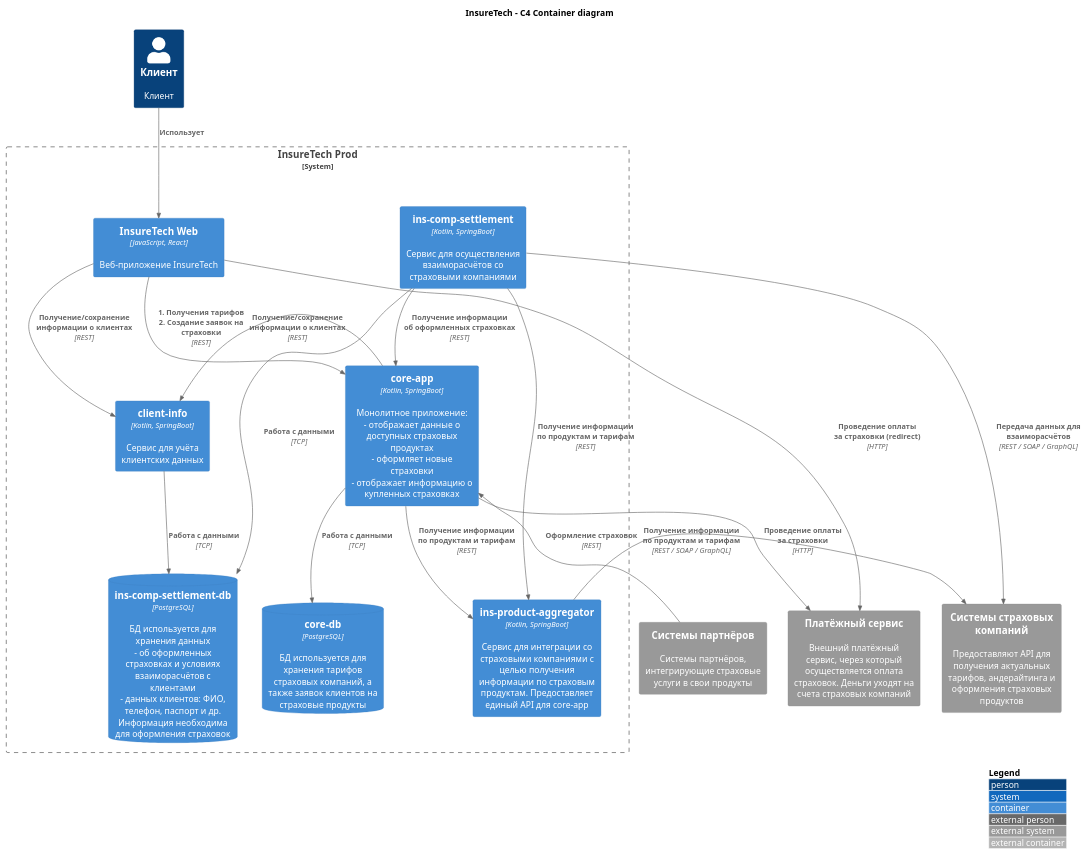
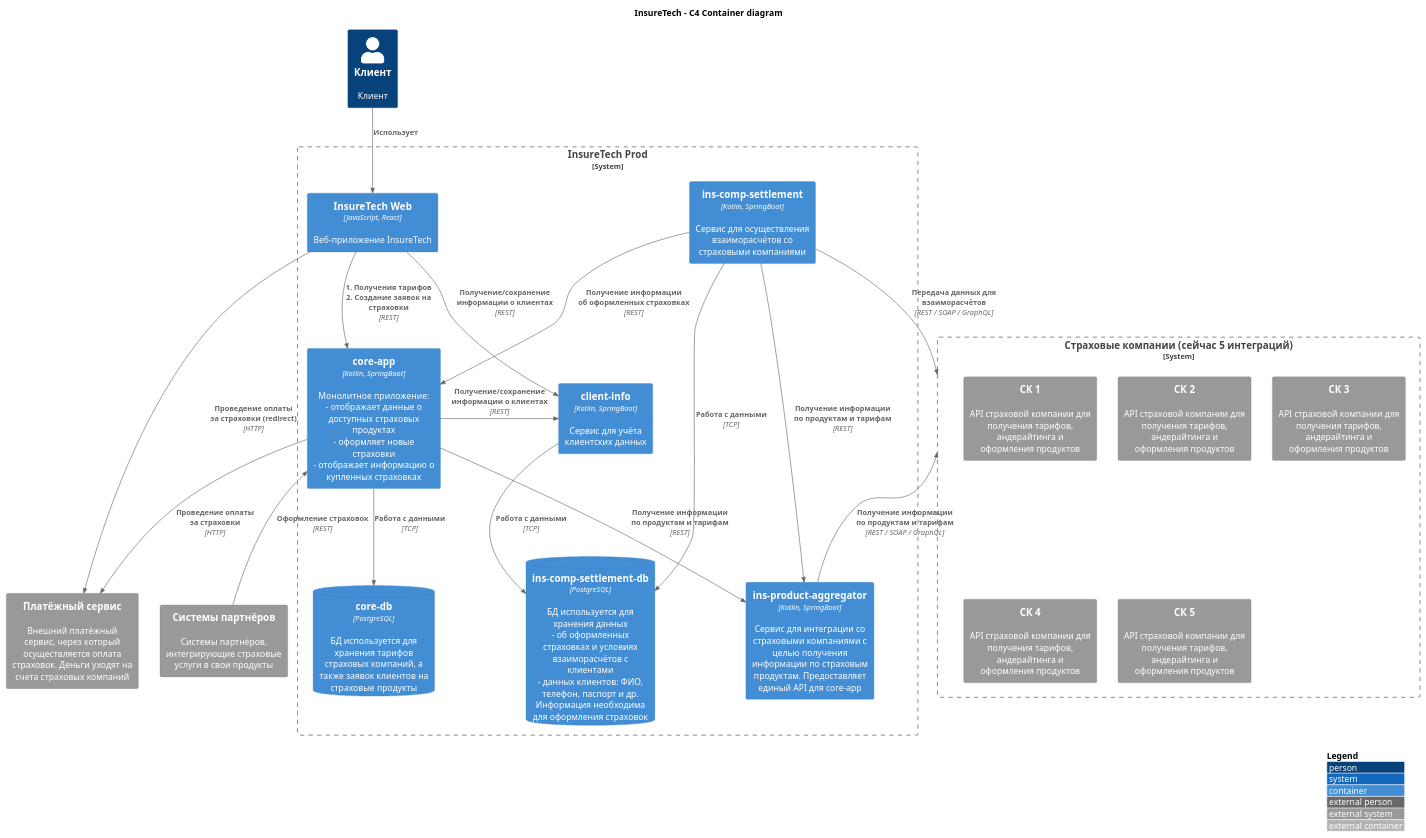
Before and after one commit to Meeluck/architecture-insuretech: the diagram in Task3/InsureTech_C4_сontainer-diagram.puml, drawn with PlantUML. The commit also changed 2 other files, not shown here.

```diff
--- a/Task3/InsureTech_C4_сontainer-diagram.puml
+++ b/Task3/InsureTech_C4_сontainer-diagram.puml
@@ -1,54 +1,71 @@
 @startuml InsureTech_C4_container_diagram
 !include <C4/C4_Container>
 
 ' skinparam componentStyle rectangle
 ' skinparam packageStyle rectangle
 ' skinparam linetype polyline
-skinparam wrapWidth 200
+' skinparam wrapWidth 200
 skinparam maxMessageSize 200
 
 title InsureTech - C4 Container diagram
 
 LAYOUT_WITH_LEGEND()
 
 Person(customer, "Клиент", "Клиент")
 
 System_Ext(partner_systems, "Системы партнёров", "Системы партнёров, интегрирующие страховые услуги в свои продукты")
-System_Ext(insurance_company_systems, "Системы страховых компаний", "Предоставляют API для получения актуальных тарифов, андерайтинга и оформления страховых продуктов")
 System_Ext(payment_service, "Платёжный сервис", "Внешний платёжный сервис, через который осуществляется оплата страховок. Деньги уходят на счета страховых компаний")
+
+System_Boundary(insurance_companies, "Страховые компании (сейчас 5 интеграций)") {
+    System_Ext(insurance_company_1, "СК 1", "API страховой компании для получения тарифов, андерайтинга и оформления продуктов")
+    System_Ext(insurance_company_2, "СК 2", "API страховой компании для получения тарифов, андерайтинга и оформления продуктов")
+    System_Ext(insurance_company_3, "СК 3", "API страховой компании для получения тарифов, андерайтинга и оформления продуктов")
+    System_Ext(insurance_company_4, "СК 4", "API страховой компании для получения тарифов, андерайтинга и оформления продуктов")
+    System_Ext(insurance_company_5, "СК 5", "API страховой компании для получения тарифов, андерайтинга и оформления продуктов")
+}
 
 System_Boundary(insuretech_prod, "InsureTech Prod") {
     Container(web, "InsureTech Web", "JavaScript, React", "Веб-приложение InsureTech")
     Container(core_app, "core-app", "Kotlin, SpringBoot", "Монолитное приложение:\n- отображает данные о доступных страховых продуктах\n- оформляет новые страховки\n- отображает информацию о купленных страховках")
     ContainerDb(core_db, "core-db", "PostgreSQL", "БД используется для хранения тарифов страховых компаний, а также заявок клиентов на страховые продукты")
 
     Container(client_info, "client-info", "Kotlin, SpringBoot", "Сервис для учёта клиентских данных")
     
 
     Container(product_aggregator, "ins-product-aggregator", "Kotlin, SpringBoot", "Сервис для интеграции со страховыми компаниями с целью получения информации по страховым продуктам. Предоставляет единый API для core-app")
     Container(settlement, "ins-comp-settlement", "Kotlin, SpringBoot", "Сервис для осуществления взаиморасчётов со страховыми компаниями")
     ContainerDb(settlement_db, "ins-comp-settlement-db", "PostgreSQL", "БД используется для хранения данных\n- об оформленных страховках и условиях взаиморасчётов с клиентами \n- данных клиентов: ФИО, телефон, паспорт и др. Информация необходима для оформления страховок")
 }
 
 Rel(customer, web, "Использует")
 
 Rel(web, core_app, "1. Получения тарифов\n2. Создание заявок на страховки", "REST")
 Rel(core_app, core_db, "Работа с данными", "TCP")
 Rel_Up(partner_systems, core_app, "Оформление страховок", "REST")
 
 Rel(core_app, product_aggregator, "Получение информации\nпо продуктам и тарифам", "REST")
-Rel_Left(product_aggregator, insurance_company_systems, "Получение информации\nпо продуктам и тарифам", "REST / SOAP / GraphQL")
+Rel_Left(product_aggregator, insurance_companies, "Получение информации\nпо продуктам и тарифам", "REST / SOAP / GraphQL")
+' Rel_Left(product_aggregator, insurance_company_1, "Получение информации\nпо продуктам и тарифам", "REST")
+' Rel_Left(product_aggregator, insurance_company_2, "Получение информации\nпо продуктам и тарифам", "SOAP")
+' Rel_Left(product_aggregator, insurance_company_3, "Получение информации\nпо продуктам и тарифам", "GraphQL")
+' Rel_Left(product_aggregator, insurance_company_4, "Получение информации\nпо продуктам и тарифам", "REST")
+' Rel_Left(product_aggregator, insurance_company_5, "Получение информации\nпо продуктам и тарифам", "SOAP")
 
 Rel_Right(core_app, client_info, "Получение/сохранение информации о клиентах", "REST")
 Rel(web, client_info, "Получение/сохранение\nинформации о клиентах", "REST")
 Rel(client_info, settlement_db, "Работа с данными", "TCP")
 
 Rel(settlement, settlement_db, "Работа с данными", "TCP")
-Rel(settlement, insurance_company_systems, "Передача данных для взаиморасчётов", "REST / SOAP / GraphQL")
+Rel(settlement, insurance_companies, "Передача данных для взаиморасчётов", "REST / SOAP / GraphQL")
+' Rel(settlement, insurance_company_1, "Передача данных\nдля взаиморасчётов", "REST")
+' Rel(settlement, insurance_company_2, "Передача данных\nдля взаиморасчётов", "SOAP")
+' Rel(settlement, insurance_company_3, "Передача данных\nдля взаиморасчётов", "GraphQL")
+' Rel(settlement, insurance_company_4, "Передача данных\nдля взаиморасчётов", "REST")
+' Rel(settlement, insurance_company_5, "Передача данных\nдля взаиморасчётов", "SOAP")
 Rel(settlement, product_aggregator, "Получение информации\nпо продуктам и тарифам", "REST")
 Rel(settlement, core_app, "Получение информации\nоб оформленных страховках", "REST")
 
 Rel(core_app, payment_service, "Проведение оплаты\nза страховки", "HTTP")
-Rel(web, payment_service, "Проведение оплаты\nза страховки (redirect)", "HTTP")
+Rel_Left(web, payment_service, "Проведение оплаты\nза страховки (redirect)", "HTTP")
 
 @enduml
```
